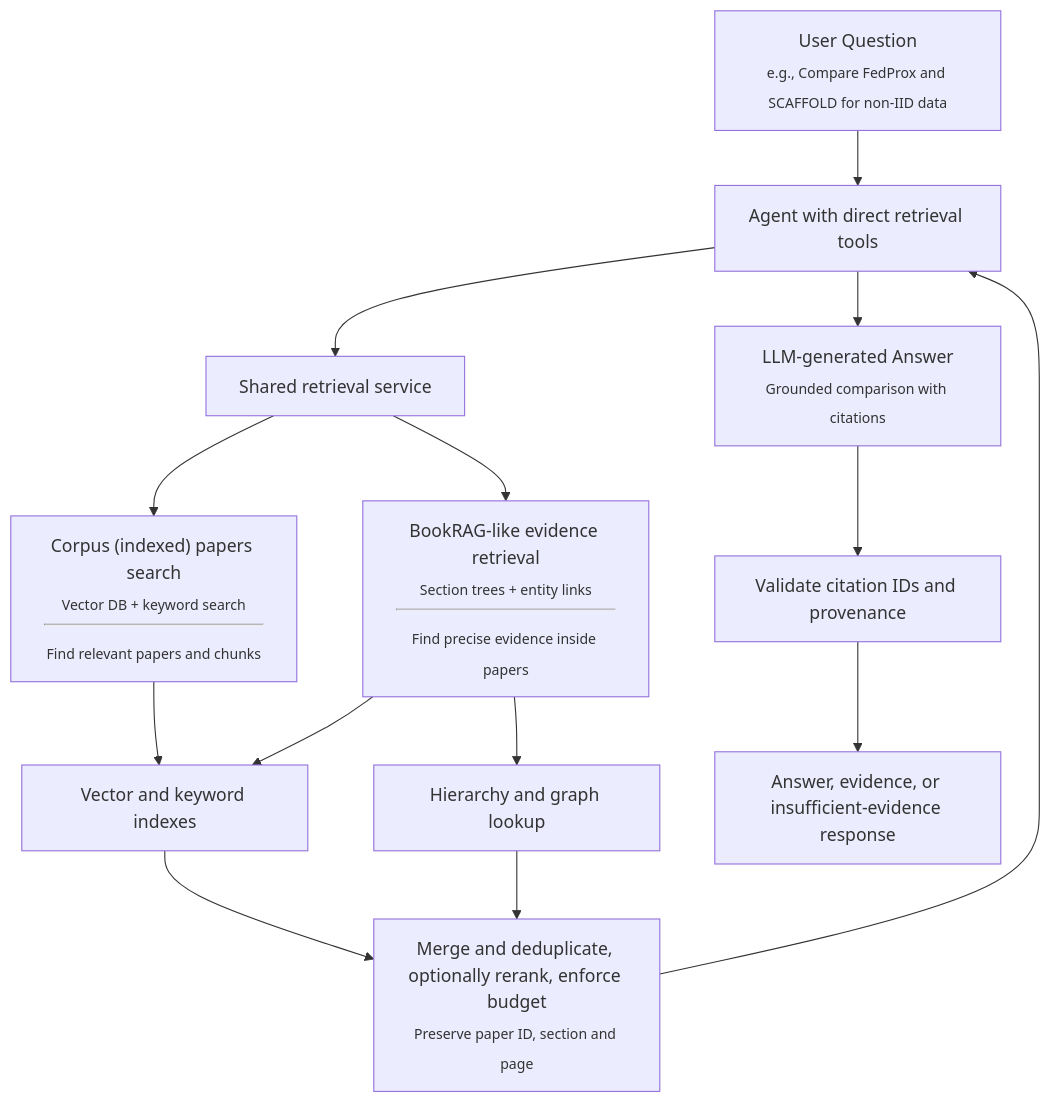
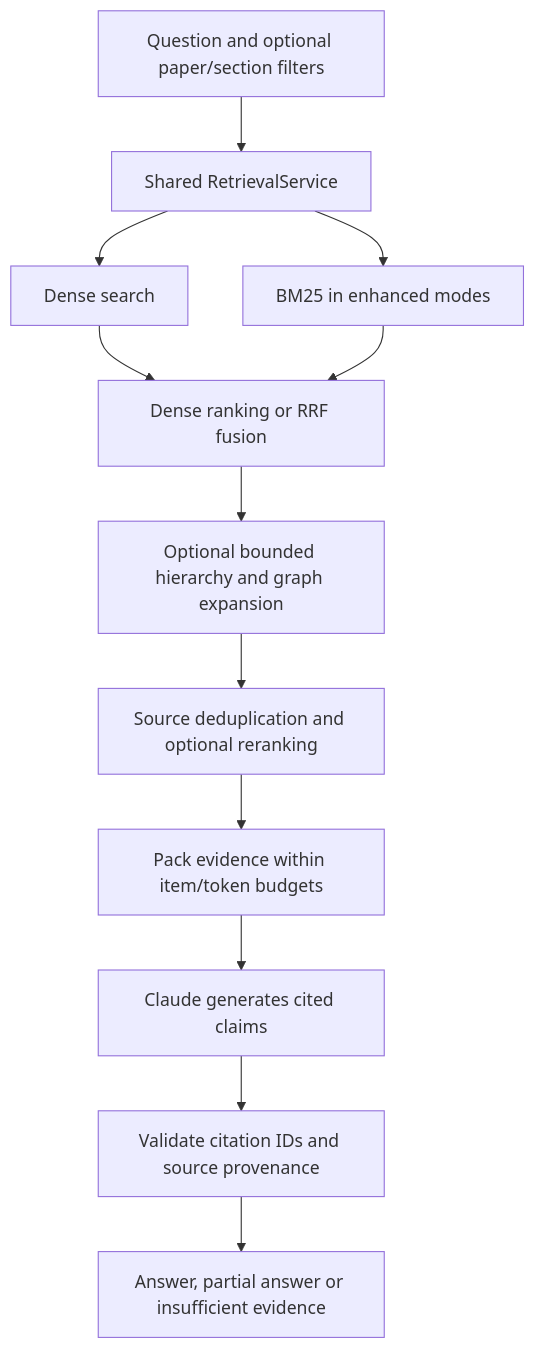
One commit to ifirdavs/bookrag-augmented changed the second of 2 diagrams in README.md. Above: the diagram before and after it, drawn with Mermaid. The commit also changed other lines of this file and 26 other files, not shown here.

Commit message:
feat: implement Phase 5 evidence-linked graph retrieval and evaluation

````diff
--- a/README.md
+++ b/README.md
@@ -92,16 +90,14 @@
 ```mermaid
 flowchart TD
-    A["User Question<br><sub style='font-size:0.8em'>e.g., Compare FedProx and SCAFFOLD for non-IID data</sub>"] --> B["Agent with direct retrieval tools"]
-    B --> C["Shared retrieval service"]
-    C --> D["Corpus (indexed) papers search<br><sub style='font-size:0.8em'>Vector DB + keyword search</sub><br><hr><sub style='font-size:0.8em'>Find relevant papers and chunks</sub>"]
-    C --> E["BookRAG-like evidence retrieval<br><sub style='font-size:0.8em'>Section trees + entity links</sub><br><hr><sub style='font-size:0.8em'>Find precise evidence inside papers</sub>"]
-    D --> F["Vector and keyword indexes"]
-    E --> F
-    E --> G["Hierarchy and graph lookup"]
-    F --> H["Merge and deduplicate, optionally rerank, enforce budget<br><sub style='font-size:0.8em'>Preserve paper ID, section and page</sub>"]
-    G --> H
-    H --> B
-    B --> I["LLM-generated Answer<br><sub style='font-size:0.8em'>Grounded comparison with citations</sub>"]
-    I --> J["Validate citation IDs and provenance"]
-    J --> K["Answer, evidence, or insufficient-evidence response"]
+    A["Question and optional paper/section filters"] --> B["Shared RetrievalService"]
+    B --> C["Dense search"]
+    B --> D["BM25 in enhanced modes"]
+    C --> E["Dense ranking or RRF fusion"]
+    D --> E
+    E --> F["Optional bounded hierarchy and graph expansion"]
+    F --> G["Source deduplication and optional reranking"]
+    G --> H["Pack evidence within item/token budgets"]
+    H --> I["Claude generates cited claims"]
+    I --> J["Validate citation IDs and source provenance"]
+    J --> K["Answer, partial answer or insufficient evidence"]
 ```
````
